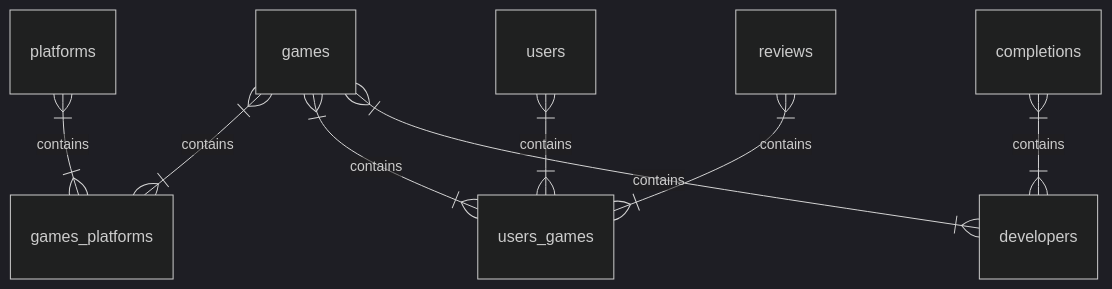
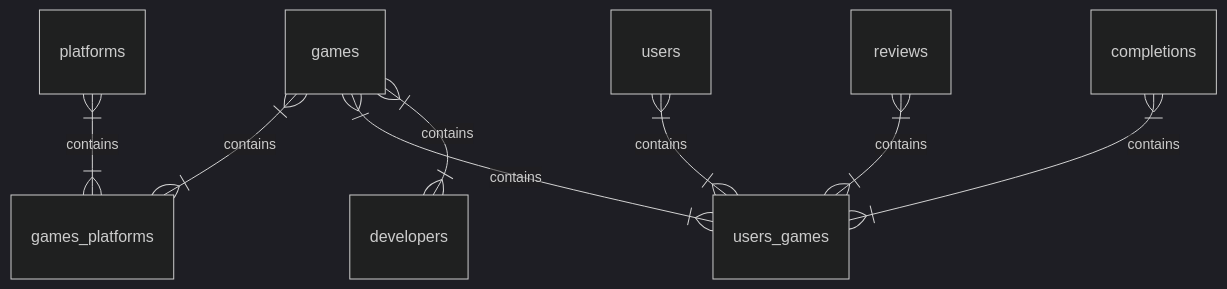
The first of 2 diagrams in README.md (Haikira/VGLogger), drawn with Mermaid (dark theme) before and after one commit.

````diff
--- a/README.md
+++ b/README.md
@@ -29,11 +29,11 @@
 ``` mermaid
 erDiagram
 
         games }|--|{ games_platforms : "contains"
         platforms }|--|{ games_platforms : "contains"
         games }|--|{ users_games : "contains"
         users}|--|{ users_games : "contains"
         reviews }|--|{ users_games : "contains"
         games }|--|{ developers : "contains"
-        completions }|--|{ developers : "contains"
+        completions }|--|{ users_games : "contains"
 ```
````
